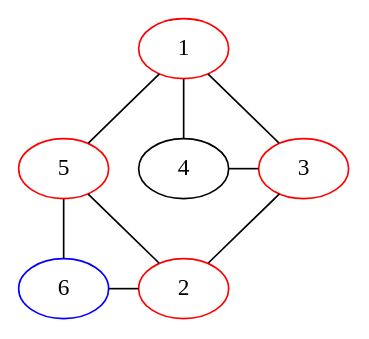
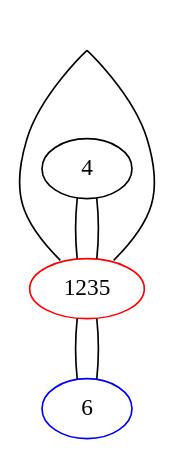
The diagram in sprouts/start_2_nodes_reduced/11113.dot (bilboquet/gamelib), drawn with Graphviz before and after one commit. The commit also changed 19 other files, not shown here.

```diff
--- a/sprouts/start_2_nodes_reduced/11113.dot
+++ b/sprouts/start_2_nodes_reduced/11113.dot
@@ -1,34 +1,12 @@
 graph {
-  5;
-  6;
-  1 -- 4 -- 3 -- 2;
-  1 -- 3;
-  1 -- 5 -- 2;
-  6 -- 2;
-  5 -- 6 [weight=4];
-  2 -- 4 [weight=4, style="invis"];
-  5 -- 4 [weight=4, style="invis"];
-
-  {
-    rank="same";
-    3;
-    4;
-    5;
-
-  }
-
-
-  {
-    rank="sink";
-    2;
-    6;
-
-  }
-
-  1 [color="red"];
-  2 [color="red"];
-  3 [color="red"];
-  5 [color="red"];
+  7 -- 4 [style="invis"];
+  1235:nw -- 7 [headclip="false"];
+  1235:ne -- 7 [headclip="false"];
+  4 -- 1235;
+  1235 -- 4;
+  6 -- 1235;
+  1235 -- 6;
+  7 [style="invis"];
+  1235 [color="red"];
   6 [color="blue"];
-
 }
```
